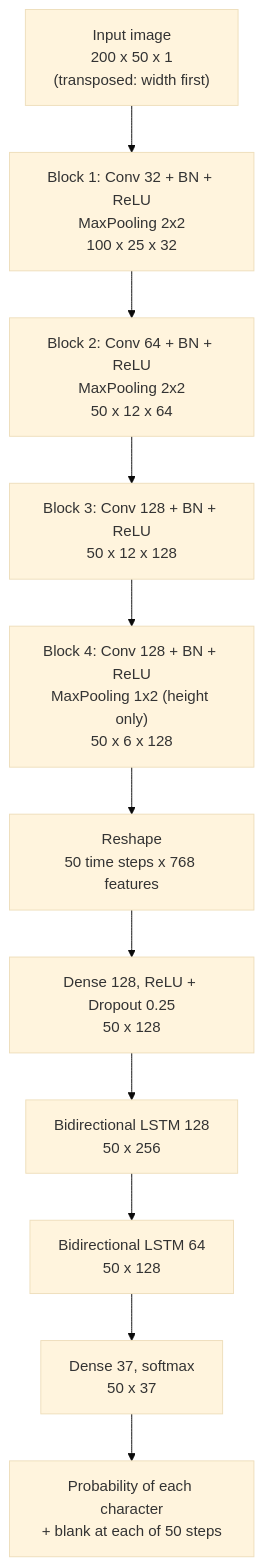
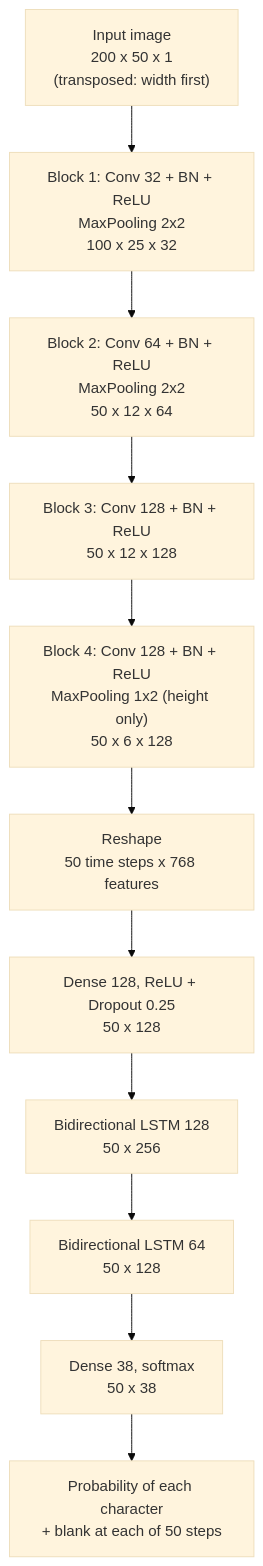
Before and after one commit to RBorczuch/PlatesOCR: the third of 7 diagrams in README.md, drawn with Mermaid (base theme). The commit also changed other lines of this file and 2 other files, not shown here.

````diff
--- a/README.md
+++ b/README.md
@@ -120,16 +140,16 @@
 ```mermaid
 flowchart TD
     I["Input image<br/>200 x 50 x 1<br/>(transposed: width first)"]
     B1["Block 1: Conv 32 + BN + ReLU<br/>MaxPooling 2x2<br/>100 x 25 x 32"]
     B2["Block 2: Conv 64 + BN + ReLU<br/>MaxPooling 2x2<br/>50 x 12 x 64"]
     B3["Block 3: Conv 128 + BN + ReLU<br/>50 x 12 x 128"]
     B4["Block 4: Conv 128 + BN + ReLU<br/>MaxPooling 1x2 (height only)<br/>50 x 6 x 128"]
     R["Reshape<br/>50 time steps x 768 features"]
     D1["Dense 128, ReLU + Dropout 0.25<br/>50 x 128"]
     L1["Bidirectional LSTM 128<br/>50 x 256"]
     L2["Bidirectional LSTM 64<br/>50 x 128"]
-    D2["Dense 37, softmax<br/>50 x 37"]
+    D2["Dense 38, softmax<br/>50 x 38"]
     O["Probability of each character<br/>+ blank at each of 50 steps"]
 
     I --> B1 --> B2 --> B3 --> B4 --> R --> D1 --> L1 --> L2 --> D2 --> O
 ```
````
